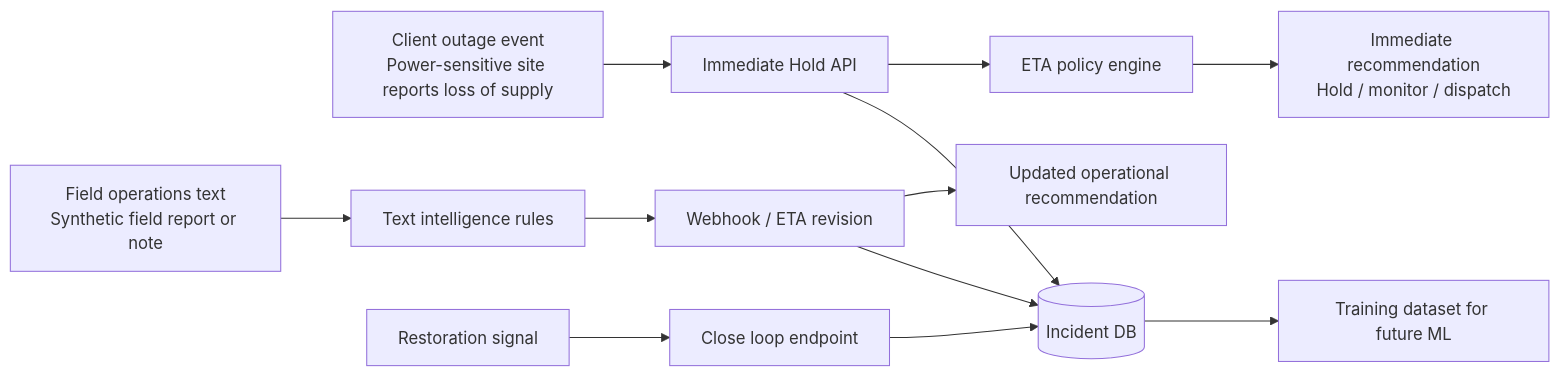
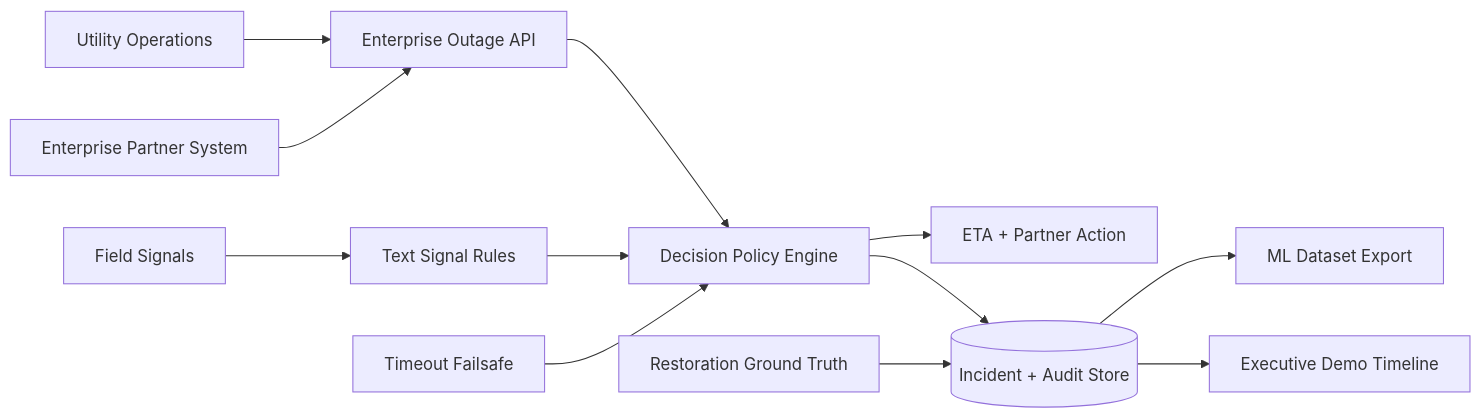
One commit to Pattarabordee/outage-intelligence-mvp changed the diagram in architecture/system-overview.md. Above: the diagram before and after it, drawn with Mermaid. The commit also changed other lines of this file and 21 other files, not shown here.

Commit message:
Reposition as enterprise outage intelligence product

````diff
--- a/architecture/system-overview.md
+++ b/architecture/system-overview.md
@@ -3,19 +5,16 @@
 ```mermaid
 flowchart LR
-    A[Client outage event
-Power-sensitive site reports loss of supply] --> B[Immediate Hold API]
-    B --> C[(Incident DB)]
-    B --> D[ETA policy engine]
-    D --> E[Immediate recommendation
-Hold / monitor / dispatch]
+    A[Utility Operations] --> B[Enterprise Outage API]
+    C[Enterprise Partner System] --> B
+    B --> D[Decision Policy Engine]
+    D --> E[ETA + Partner Action]
 
-    F[Field operations text
-Synthetic field report or note] --> G[Text intelligence rules]
-    G --> H[Webhook / ETA revision]
-    H --> C
-    H --> I[Updated operational recommendation]
+    F[Field Signals] --> G[Text Signal Rules]
+    G --> D
+    D --> H[(Incident + Audit Store)]
 
-    J[Restoration signal] --> K[Close loop endpoint]
-    K --> C
-    C --> L[Training dataset for future ML]
+    I[Timeout Failsafe] --> D
+    J[Restoration Ground Truth] --> H
+    H --> K[ML Dataset Export]
+    H --> L[Executive Demo Timeline]
 ```
````
